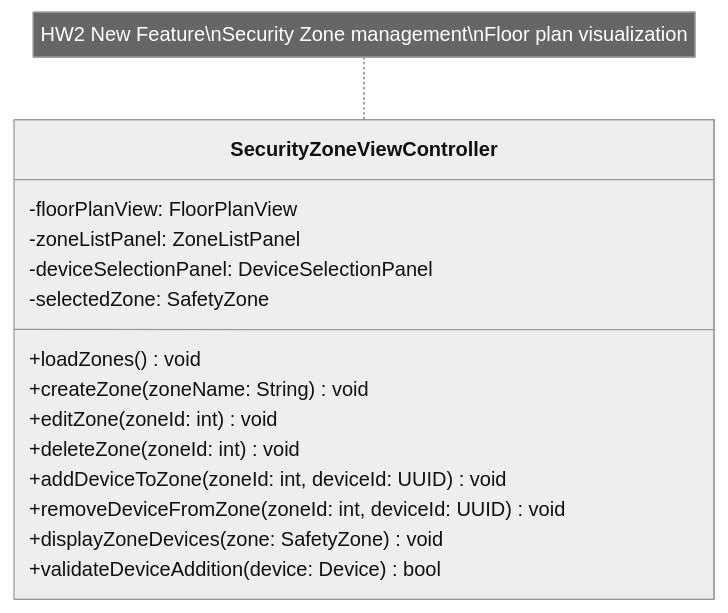
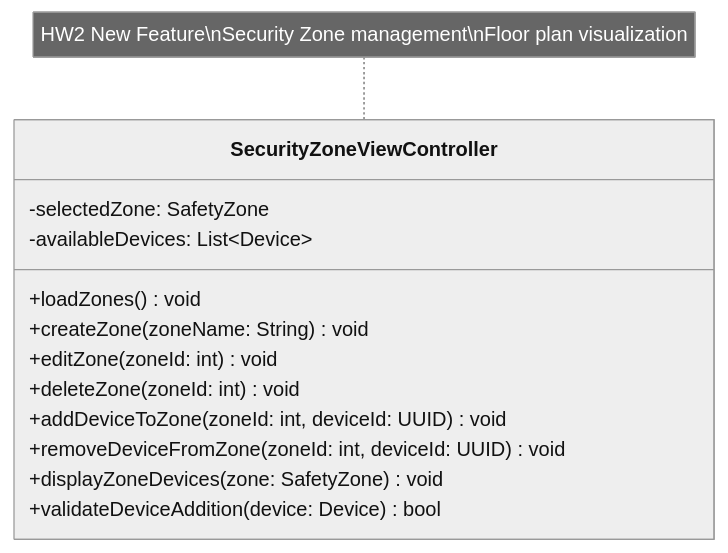
The fourth of 10 diagrams in diagrams/presentation_class_diagram.md (mj010101/swe_25f), drawn with Mermaid (neutral theme) before and after one commit. The commit also changed other lines of this file and 4 other files, not shown here.

````diff
--- a/diagrams/presentation_class_diagram.md
+++ b/diagrams/presentation_class_diagram.md
@@ -108,21 +104,19 @@
 ```mermaid
 classDiagram
     direction TB
 
     class SecurityZoneViewController {
-        -floorPlanView: FloorPlanView
-        -zoneListPanel: ZoneListPanel
-        -deviceSelectionPanel: DeviceSelectionPanel
         -selectedZone: SafetyZone
+        -availableDevices: List~Device~
         +loadZones() void
         +createZone(zoneName: String) void
         +editZone(zoneId: int) void
         +deleteZone(zoneId: int) void
         +addDeviceToZone(zoneId: int, deviceId: UUID) void
         +removeDeviceFromZone(zoneId: int, deviceId: UUID) void
         +displayZoneDevices(zone: SafetyZone) void
         +validateDeviceAddition(device: Device) bool
     }
 
     note for SecurityZoneViewController "HW2 New Feature\nSecurity Zone management\nFloor plan visualization"
 ```
````
